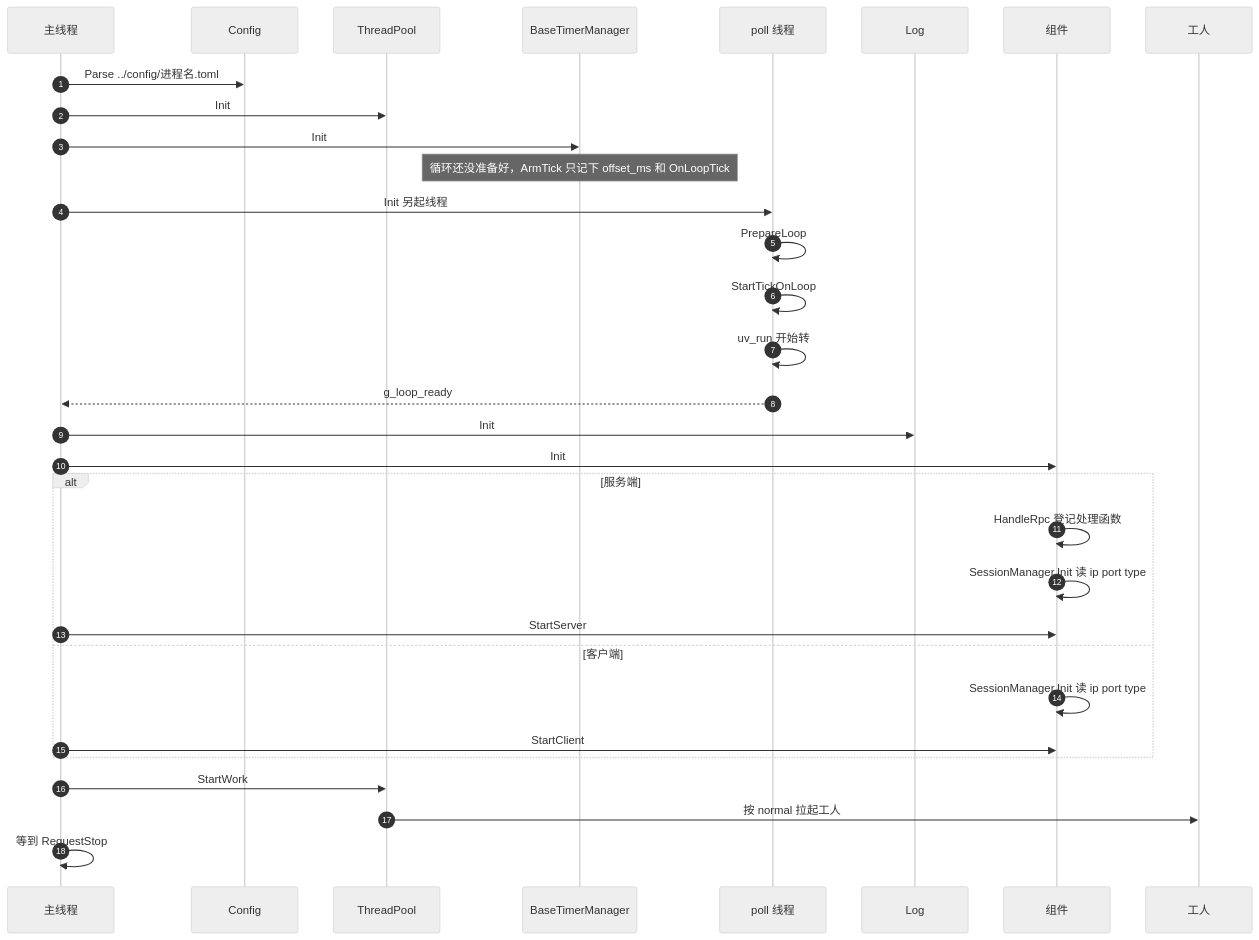
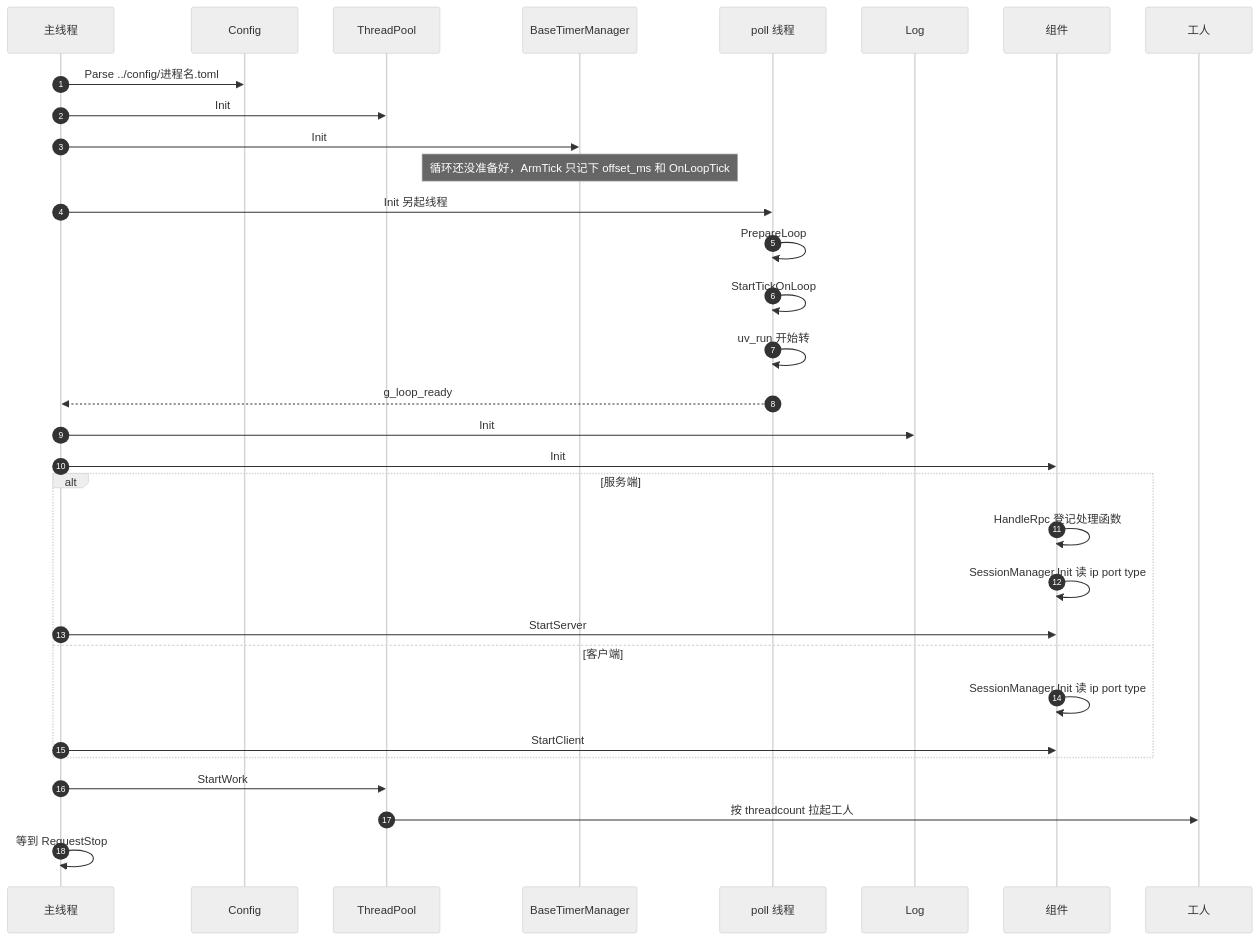
One commit to orikiaru/openidea changed the diagram in docs/sequence-diagram/multi-thread/startup.md. Above: the diagram before and after it, drawn with Mermaid (neutral theme). The commit also changed other lines of this file and 24 other files, not shown here.

````diff
--- a/docs/sequence-diagram/multi-thread/startup.md
+++ b/docs/sequence-diagram/multi-thread/startup.md
@@ -7,35 +7,35 @@
 ```mermaid
 sequenceDiagram
     autonumber
     participant Main as 主线程
     participant Cfg as Config
     participant Pool as ThreadPool
     participant Timer as BaseTimerManager
     participant Poll as poll 线程
     participant Log as Log
     participant App as 组件
     participant Worker as 工人
 
     Main->>Cfg: Parse ../config/进程名.toml
     Main->>Pool: Init
     Main->>Timer: Init
     Note over Timer: 循环还没准备好，ArmTick 只记下 offset_ms 和 OnLoopTick
     Main->>Poll: Init 另起线程
     Poll->>Poll: PrepareLoop
     Poll->>Poll: StartTickOnLoop
     Poll->>Poll: uv_run 开始转
     Poll-->>Main: g_loop_ready
     Main->>Log: Init
     Main->>App: Init
     alt 服务端
         App->>App: HandleRpc 登记处理函数
         App->>App: SessionManager.Init 读 ip port type
         Main->>App: StartServer
     else 客户端
         App->>App: SessionManager.Init 读 ip port type
         Main->>App: StartClient
     end
     Main->>Pool: StartWork
-    Pool->>Worker: 按 normal 拉起工人
+    Pool->>Worker: 按 threadcount 拉起工人
     Main->>Main: 等到 RequestStop
 ```
````
